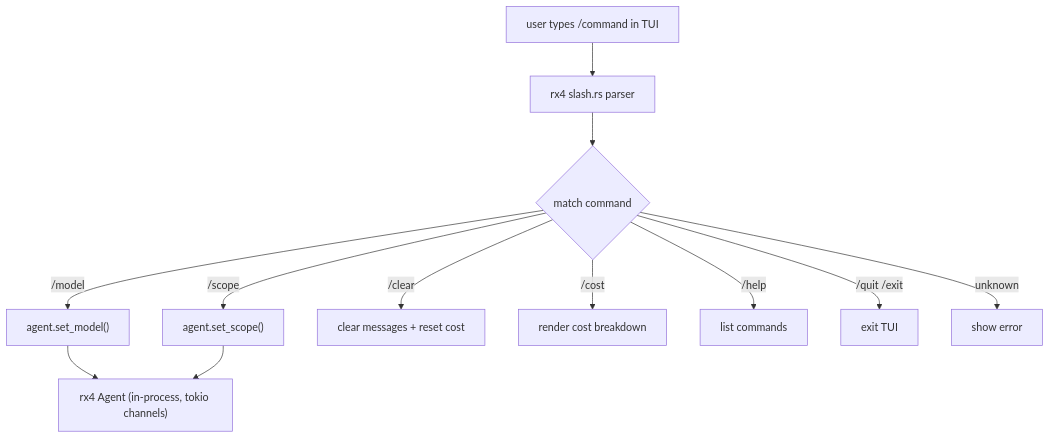
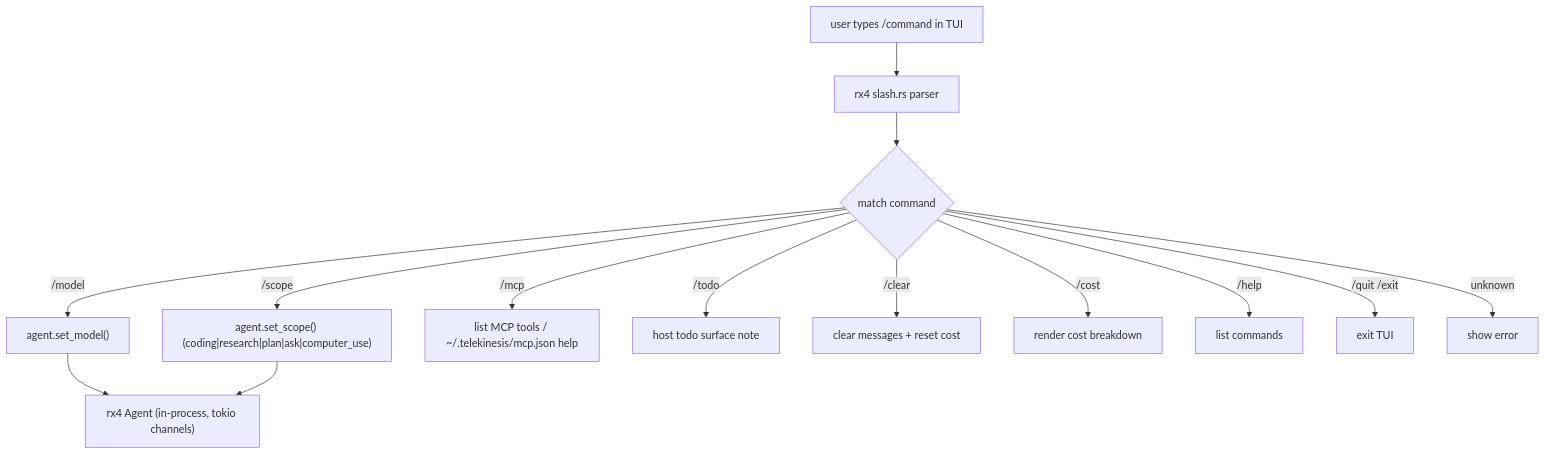
Before and after one commit to semitechnological/telekinesis: the third of 3 diagrams in docs/ARCHITECTURE.md, drawn with Mermaid. The commit also changed other lines of this file and 7 other files, not shown here.

First line of the commit message:
feat(host): surface remote MCP, richer approvals, new tool docs

````diff
--- a/docs/ARCHITECTURE.md
+++ b/docs/ARCHITECTURE.md
@@ -65,14 +65,16 @@
 ```mermaid
 flowchart TD
   Type["user types /command in TUI"] --> Parse["rx4 slash.rs parser"]
   Parse --> Match{"match command"}
   Match -->|/model| M["agent.set_model()"]
-  Match -->|/scope| S["agent.set_scope()"]
+  Match -->|/scope| S["agent.set_scope() (coding|research|plan|ask|computer_use)"]
+  Match -->|/mcp| Mcp["list MCP tools / ~/.telekinesis/mcp.json help"]
+  Match -->|/todo| Todo["host todo surface note"]
   Match -->|/clear| C["clear messages + reset cost"]
   Match -->|/cost| Co["render cost breakdown"]
   Match -->|/help| H["list commands"]
   Match -->|/quit /exit| Q["exit TUI"]
   Match -->|unknown| E["show error"]
   M --> Agent["rx4 Agent (in-process, tokio channels)"]
   S --> Agent
 ```
````
